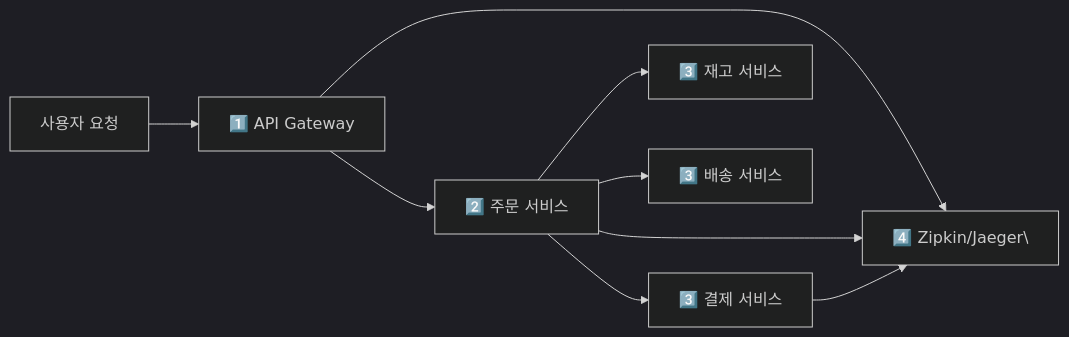
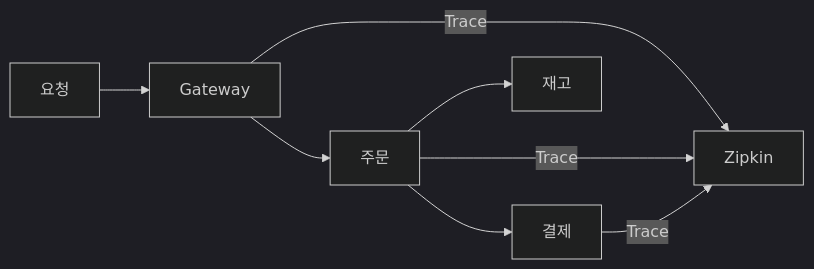
One commit to yjkim2015/yjkim2015.github.io changed diagram 12 of 15 in _posts/architecture/2026-05-02-msa-deep.md. Above: the diagram before and after it, drawn with Mermaid (dark theme). The commit also changed other lines of this file and 163 other files, not shown here.

First line of the commit message:
Mermaid 300개 블록 내용 축소: 5노드 5엣지 이하, 의미 있는 약어

````diff
--- a/_posts/architecture/2026-05-02-msa-deep.md
+++ b/_posts/architecture/2026-05-02-msa-deep.md
@@ -393,11 +383,8 @@
 ```mermaid
 graph LR
-    Request["사용자 요청"] --> AG["1️⃣ API Gateway"]
-    AG --> OS["2️⃣ 주문 서비스"]
-    OS --> PS["3️⃣ 결제 서비스"]
-    OS --> IS["3️⃣ 재고 서비스"]
-    OS --> DS["3️⃣ 배송 서비스"]
-    AG --> Zipkin["4️⃣ Zipkin/Jaeger\"]
-    OS --> Zipkin
-    PS --> Zipkin
+    REQ["요청"] --> GW["Gateway"]
+    GW --> OS["주문"]
+    OS --> PS["결제"]
+    OS --> IS["재고"]
+    GW & OS & PS -->|"Trace"| Z["Zipkin"]
 ```
````
